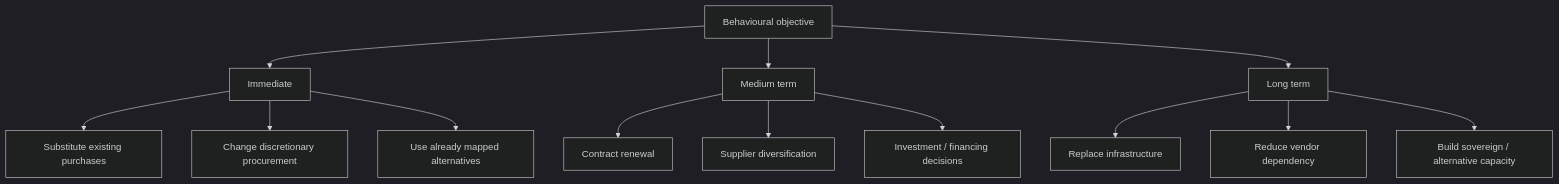
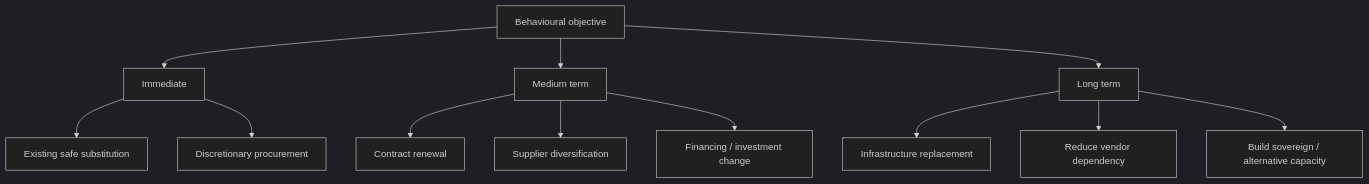
Before and after one commit to josefsbreakfast/Polaris-Protocol: the seventh of 14 diagrams in 🌓_3_In_The_Moment/📲_Press_Matters/🇵🇸_Palestine_Factchecking/🌍_Global_Powers/💸_incentivising_behavioural_change_and_bds.md, drawn with Mermaid (dark theme). The commit also changed other lines of this file, not shown here.

````diff
--- a/🌓_3_In_The_Moment/📲_Press_Matters/🇵🇸_Palestine_Factchecking/🌍_Global_Powers/💸_incentivising_behavioural_change_and_bds.md
+++ b/🌓_3_In_The_Moment/📲_Press_Matters/🇵🇸_Palestine_Factchecking/🌍_Global_Powers/💸_incentivising_behavioural_change_and_bds.md
@@ -329,20 +232,19 @@
 ```mermaid
 flowchart TD
     A[Behavioural objective]
 
     A --> B[Immediate]
     A --> C[Medium term]
     A --> D[Long term]
 
-    B --> B1[Substitute existing purchases]
-    B --> B2[Change discretionary procurement]
-    B --> B3[Use already mapped alternatives]
+    B --> B1[Existing safe substitution]
+    B --> B2[Discretionary procurement]
 
     C --> C1[Contract renewal]
     C --> C2[Supplier diversification]
-    C --> C3[Investment / financing decisions]
+    C --> C3[Financing / investment change]
 
-    D --> D1[Replace infrastructure]
+    D --> D1[Infrastructure replacement]
     D --> D2[Reduce vendor dependency]
     D --> D3[Build sovereign / alternative capacity]
 ```
````
